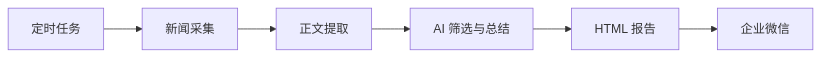
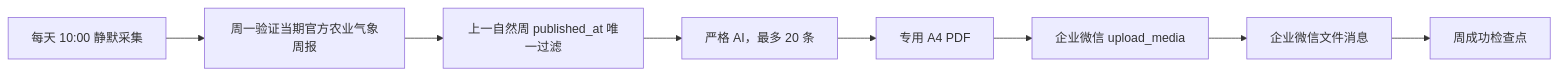
Before and after one commit to zzzseeu/TrendRadar: the diagram in docs/news-push-technical-implementation.md, drawn with Mermaid. The commit also changed other lines of this file and 8 other files, not shown here.

````diff
--- a/docs/news-push-technical-implementation.md
+++ b/docs/news-push-technical-implementation.md
@@ -7,8 +7,10 @@
 ```mermaid
 flowchart LR
-    A[定时任务] --> B[新闻采集]
-    B --> C[正文提取]
-    C --> D[AI 筛选与总结]
-    D --> E[HTML 报告]
-    E --> F[企业微信]
+    A[每天 10:00 静默采集] --> B[周一验证当期官方农业气象周报]
+    B --> C[上一自然周 published_at 唯一过滤]
+    C --> D[严格 AI，最多 20 条]
+    D --> E[专用 A4 PDF]
+    E --> F[企业微信 upload_media]
+    F --> G[企业微信文件消息]
+    G --> H[周成功检查点]
 ```
````
